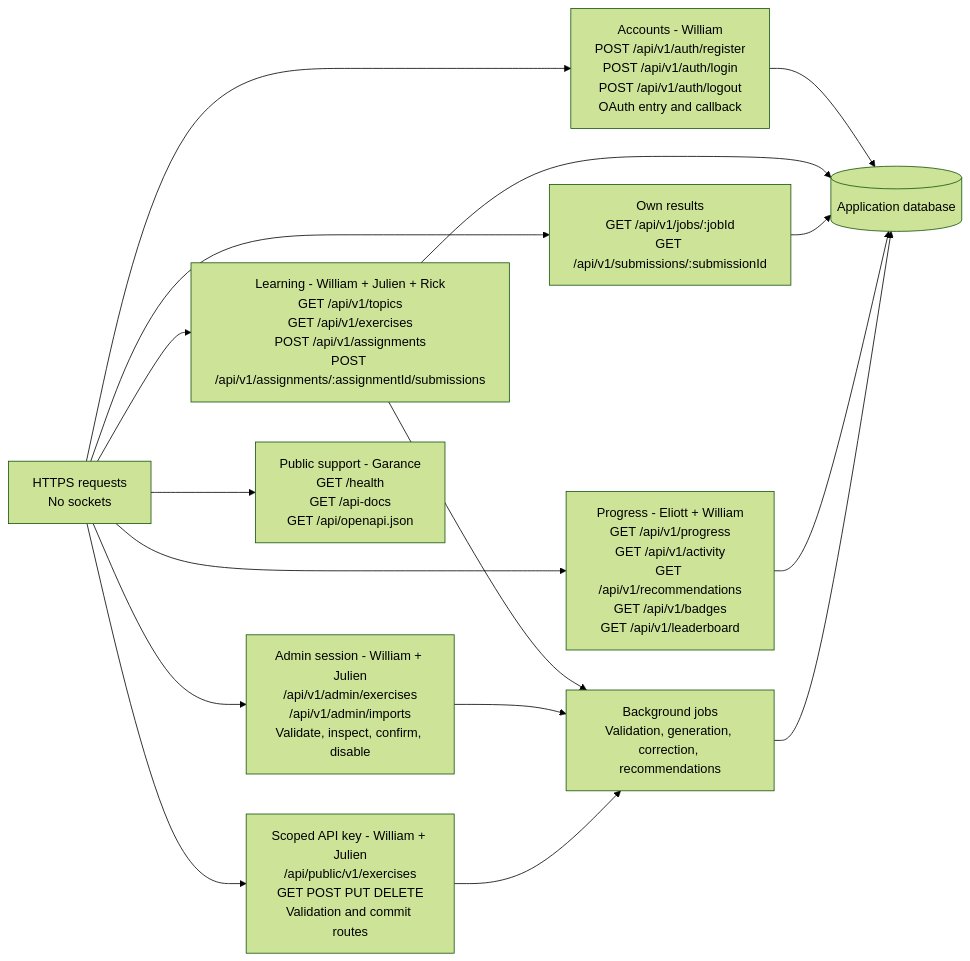
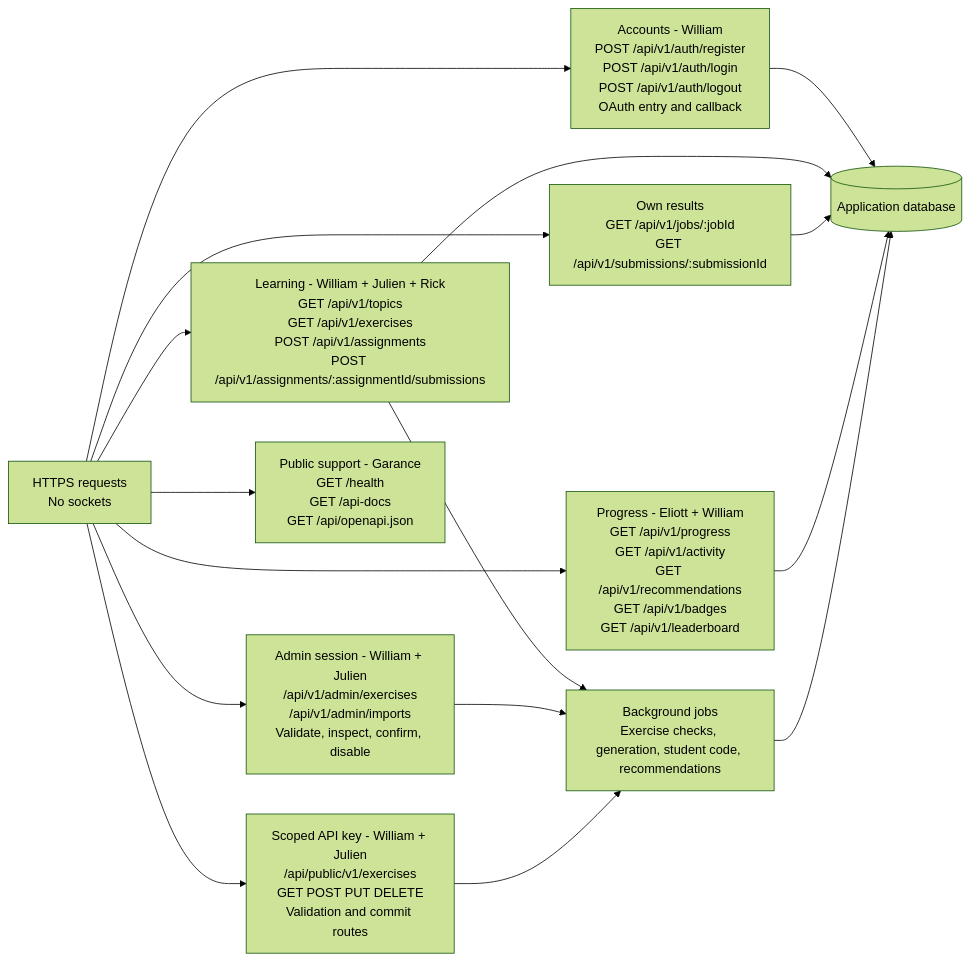
Before and after one commit to Rspinelli93/Trancendece: the diagram in option-3/Diagrams/11-backend-routes.mmd, drawn with Mermaid (forest theme). The commit also changed 24 other files, not shown here.

```diff
--- a/option-3/Diagrams/11-backend-routes.mmd
+++ b/option-3/Diagrams/11-backend-routes.mmd
@@ -1,26 +1,26 @@
 flowchart LR
     Entry["HTTPS requests<br/>No sockets"]
     Auth["Accounts - William<br/>POST /api/v1/auth/register<br/>POST /api/v1/auth/login<br/>POST /api/v1/auth/logout<br/>OAuth entry and callback"]
     Learn["Learning - William + Julien + Rick<br/>GET /api/v1/topics<br/>GET /api/v1/exercises<br/>POST /api/v1/assignments<br/>POST /api/v1/assignments/:assignmentId/submissions"]
     Poll["Own results<br/>GET /api/v1/jobs/:jobId<br/>GET /api/v1/submissions/:submissionId"]
     Progress["Progress - Eliott + William<br/>GET /api/v1/progress<br/>GET /api/v1/activity<br/>GET /api/v1/recommendations<br/>GET /api/v1/badges<br/>GET /api/v1/leaderboard"]
     Admin["Admin session - William + Julien<br/>/api/v1/admin/exercises<br/>/api/v1/admin/imports<br/>Validate, inspect, confirm, disable"]
     PublicAPI["Scoped API key - William + Julien<br/>/api/public/v1/exercises<br/>GET POST PUT DELETE<br/>Validation and commit routes"]
     Support["Public support - Garance<br/>GET /health<br/>GET /api-docs<br/>GET /api/openapi.json"]
     DB[("Application database")]
-    Jobs["Background jobs<br/>Validation, generation, correction, recommendations"]
+    Jobs["Background jobs<br/>Exercise checks, generation, student code, recommendations"]
     Entry --> Auth
     Entry --> Learn
     Entry --> Poll
     Entry --> Progress
     Entry --> Admin
     Entry --> PublicAPI
     Entry --> Support
     Auth --> DB
     Learn --> DB
     Learn --> Jobs
     Poll --> DB
     Progress --> DB
     Admin --> Jobs
     PublicAPI --> Jobs
     Jobs --> DB
```
